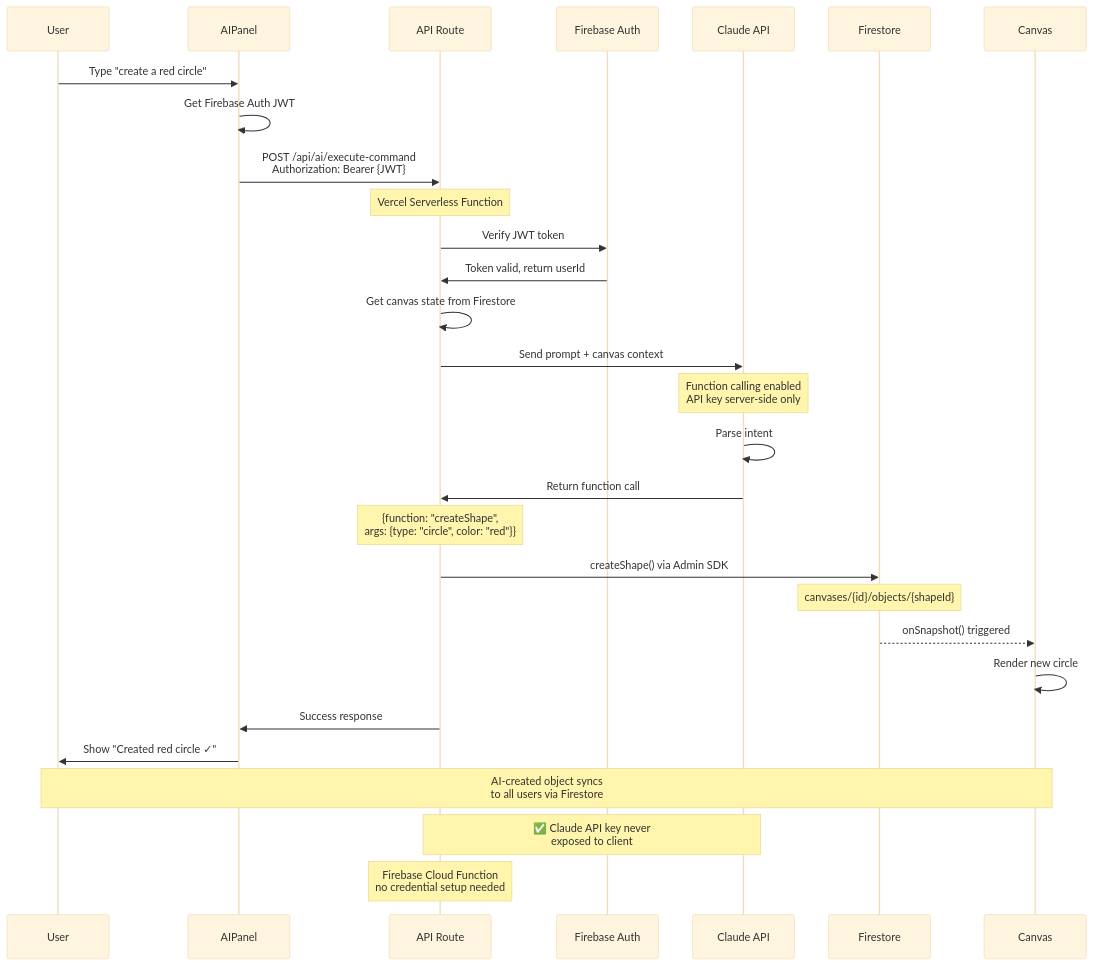
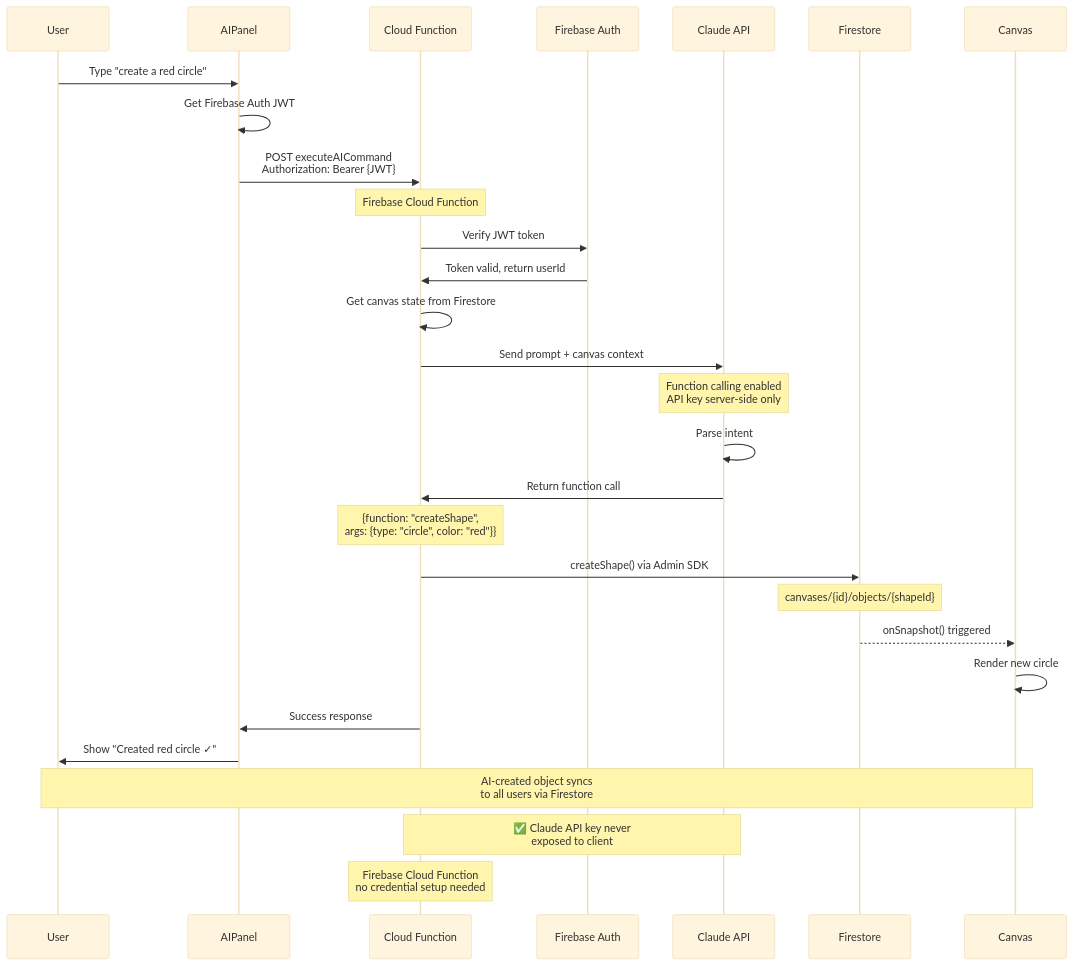
The sixth of 15 diagrams in ARCHITECTURE_DIAGRAMS.md (reena96/Canvisia), drawn with Mermaid (base theme) before and after one commit. The commit also changed other lines of this file and 2 other files, not shown here.

First line of the commit message:
Complete documentation verification and fix all Vercel references

````diff
--- a/ARCHITECTURE_DIAGRAMS.md
+++ b/ARCHITECTURE_DIAGRAMS.md
@@ -228,39 +228,39 @@
 ```mermaid
 sequenceDiagram
     participant User
     participant AIPanel
-    participant API Route
+    participant Cloud Function
     participant Firebase Auth
     participant Claude API
     participant Firestore
     participant Canvas
 
     User->>AIPanel: Type "create a red circle"
     AIPanel->>AIPanel: Get Firebase Auth JWT
-    AIPanel->>API Route: POST /api/ai/execute-command<br/>Authorization: Bearer {JWT}
-    Note over API Route: Vercel Serverless Function
+    AIPanel->>Cloud Function: POST executeAICommand<br/>Authorization: Bearer {JWT}
+    Note over Cloud Function: Firebase Cloud Function
 
-    API Route->>Firebase Auth: Verify JWT token
-    Firebase Auth->>API Route: Token valid, return userId
+    Cloud Function->>Firebase Auth: Verify JWT token
+    Firebase Auth->>Cloud Function: Token valid, return userId
 
-    API Route->>API Route: Get canvas state from Firestore
-    API Route->>Claude API: Send prompt + canvas context
+    Cloud Function->>Cloud Function: Get canvas state from Firestore
+    Cloud Function->>Claude API: Send prompt + canvas context
     Note over Claude API: Function calling enabled<br/>API key server-side only
 
     Claude API->>Claude API: Parse intent
-    Claude API->>API Route: Return function call
-    Note over API Route: {function: "createShape",<br/>args: {type: "circle", color: "red"}}
+    Claude API->>Cloud Function: Return function call
+    Note over Cloud Function: {function: "createShape",<br/>args: {type: "circle", color: "red"}}
 
-    API Route->>Firestore: createShape() via Admin SDK
+    Cloud Function->>Firestore: createShape() via Admin SDK
     Note over Firestore: canvases/{id}/objects/{shapeId}
 
     Firestore-->>Canvas: onSnapshot() triggered
     Canvas->>Canvas: Render new circle
 
-    API Route->>AIPanel: Success response
+    Cloud Function->>AIPanel: Success response
     AIPanel->>User: Show "Created red circle ✓"
 
     Note over User,Canvas: AI-created object syncs<br/>to all users via Firestore
-    Note over API Route,Claude API: ✅ Claude API key never<br/>exposed to client
-    Note over API Route: Firebase Cloud Function<br/>no credential setup needed
+    Note over Cloud Function,Claude API: ✅ Claude API key never<br/>exposed to client
+    Note over Cloud Function: Firebase Cloud Function<br/>no credential setup needed
 ```
````
